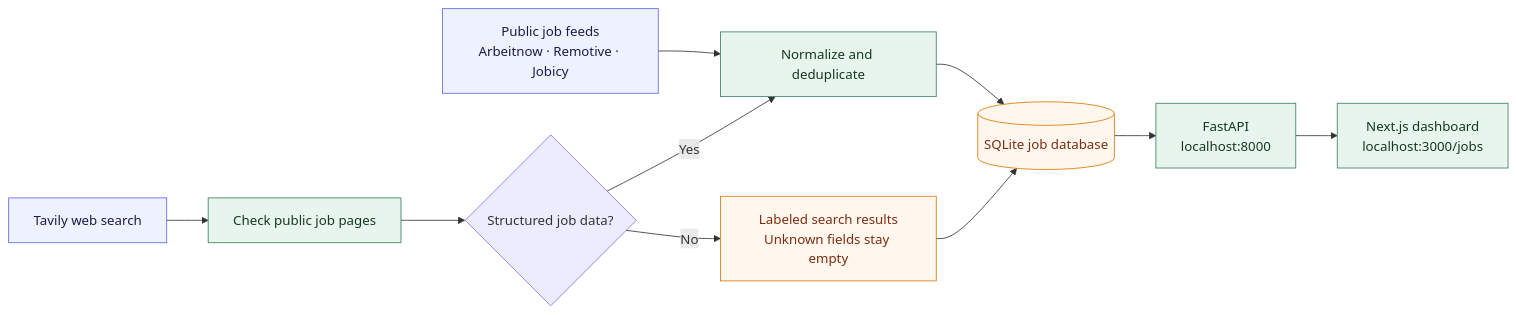
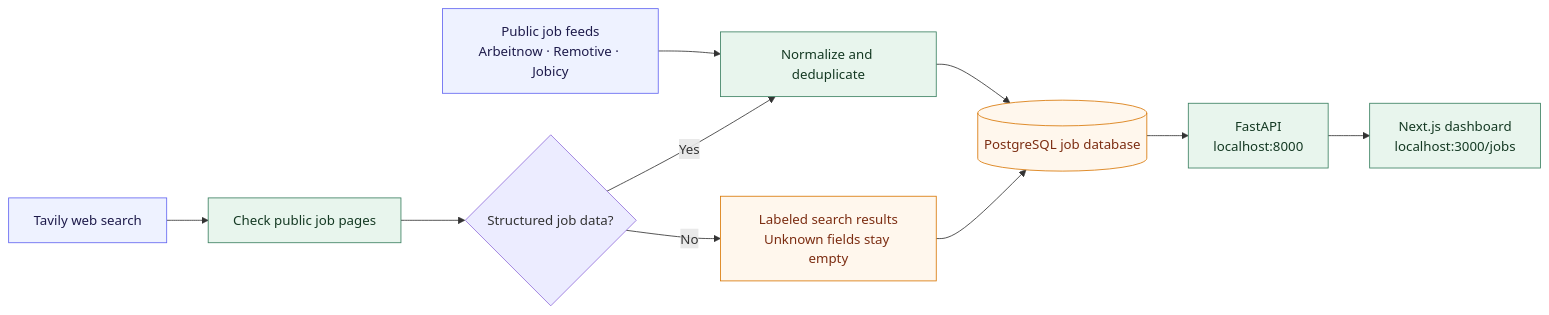
Before and after one commit to wurtz-codez/applyr: the first of 2 diagrams in README.md, drawn with Mermaid. The commit also changed other lines of this file and 10 other files, not shown here.

Commit message:
Migrated DB from SQLite to PostgreSQL

````diff
--- a/README.md
+++ b/README.md
@@ -28,19 +28,19 @@
 ```mermaid
 flowchart LR
     FEEDS["Public job feeds<br/>Arbeitnow · Remotive · Jobicy"] --> NORMALIZE["Normalize and deduplicate"]
     SEARCH["Tavily web search"] --> PAGES["Check public job pages"]
     PAGES --> STRUCTURED{"Structured job data?"}
     STRUCTURED -- Yes --> NORMALIZE
     STRUCTURED -- No --> LEADS["Labeled search results<br/>Unknown fields stay empty"]
-    NORMALIZE --> DB[("SQLite job database")]
+    NORMALIZE --> DB[("PostgreSQL job database")]
     LEADS --> DB
     DB --> API["FastAPI<br/>localhost:8000"]
     API --> WEB["Next.js dashboard<br/>localhost:3000/jobs"]
 
     classDef source fill:#eef2ff,stroke:#6366f1,color:#1e1b4b
     classDef app fill:#e8f5ed,stroke:#3b8061,color:#143923
     classDef data fill:#fff7ed,stroke:#d97706,color:#7c2d12
     class FEEDS,SEARCH source
     class NORMALIZE,PAGES,API,WEB app
     class DB,LEADS data
 ```
````
